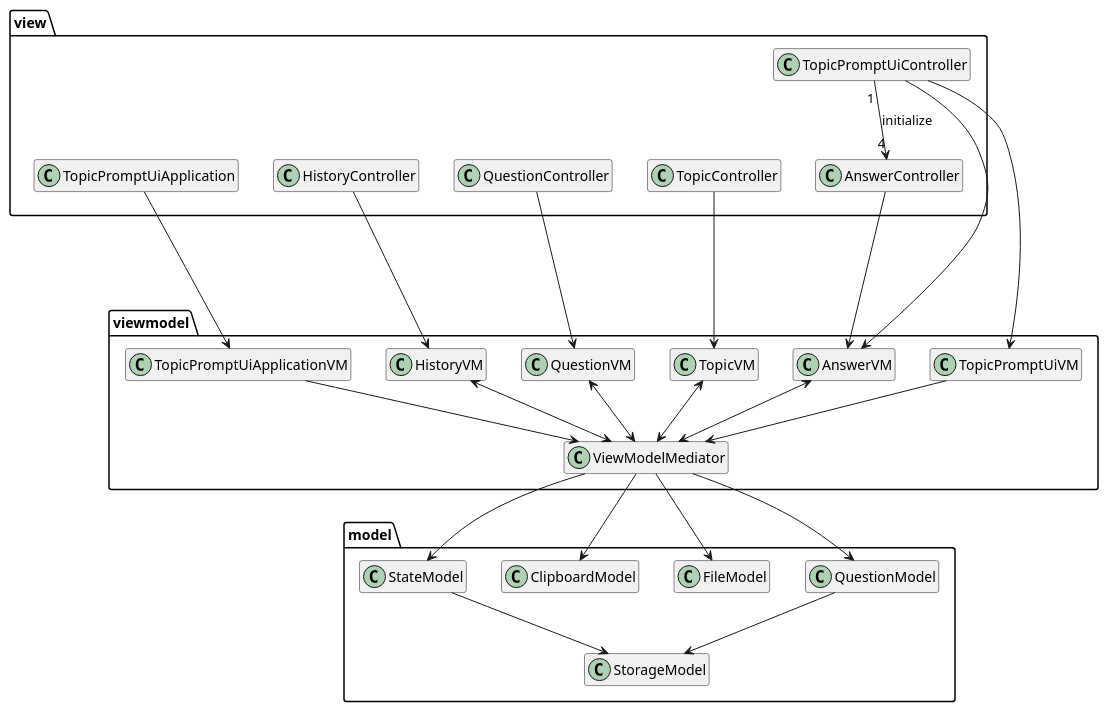
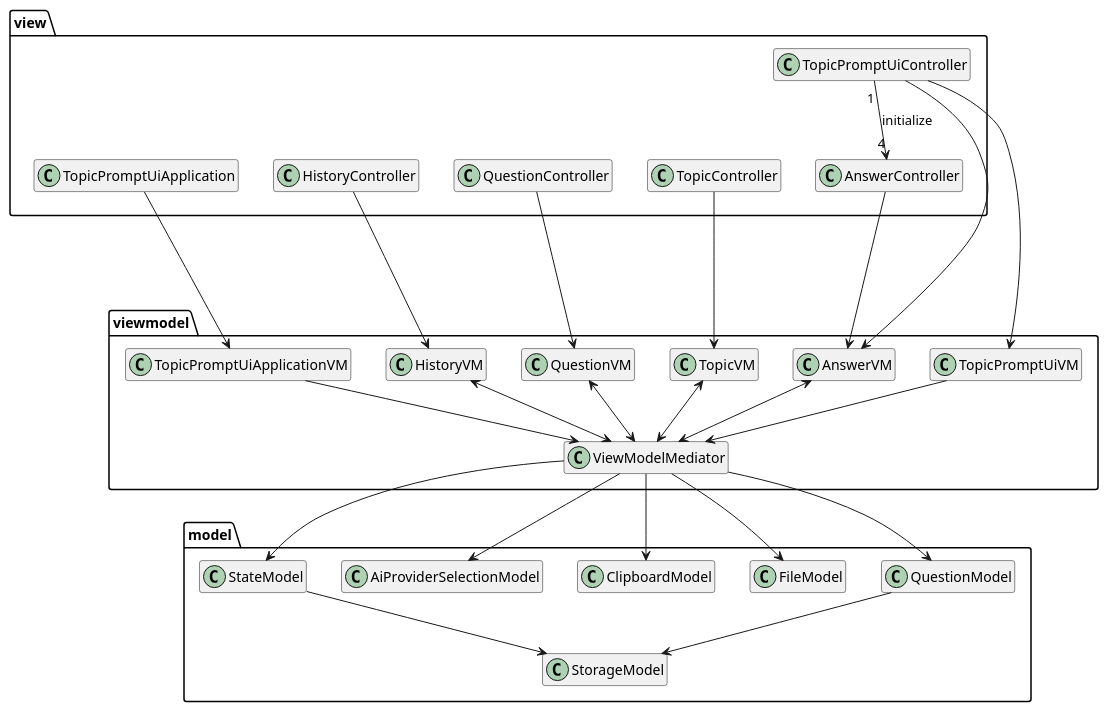
The diagram in docs/mvvm-mediator-overview.puml (Aleks-Ya/topic-prompt-ui), drawn with PlantUML before and after one commit. The commit also changed 23 other files, not shown here.

```diff
--- a/docs/mvvm-mediator-overview.puml
+++ b/docs/mvvm-mediator-overview.puml
@@ -1,61 +1,63 @@
 @startuml
 hide empty members
 
 package view {
     class TopicPromptUiController
     together {
         class TopicPromptUiApplication
         class HistoryController
         class QuestionController
         class TopicController
         class AnswerController
     }
 }
 
 package viewmodel {
     class TopicPromptUiApplicationVM
     class AnswerVM
     class TopicPromptUiVM
     class HistoryVM
     class QuestionVM
     class TopicVM
     class ViewModelMediator
 }
 
 package model{
     class StateModel
+    class AiProviderSelectionModel
     class ClipboardModel
     class FileModel
     class QuestionModel
     class StorageModel
 }
 
 TopicPromptUiApplication --> TopicPromptUiApplicationVM
 
 TopicPromptUiApplicationVM --> ViewModelMediator
 
 TopicController ---> TopicVM
 QuestionController ---> QuestionVM
 HistoryController ---> HistoryVM
 AnswerController --> AnswerVM
 
 TopicPromptUiController "1" --> "4" AnswerController: initialize
 TopicPromptUiController --> AnswerVM
 TopicPromptUiController --> TopicPromptUiVM
 
 TopicVM <--> ViewModelMediator
 QuestionVM <--> ViewModelMediator
 HistoryVM <--> ViewModelMediator
 TopicPromptUiVM --> ViewModelMediator
 AnswerVM <--> ViewModelMediator
 
 StateModel --> StorageModel
 QuestionModel --> StorageModel
 
 ViewModelMediator --> StateModel
+ViewModelMediator --> AiProviderSelectionModel
 ViewModelMediator --> QuestionModel
 ViewModelMediator --> ClipboardModel
 ViewModelMediator --> FileModel
 
 
 @enduml
```
